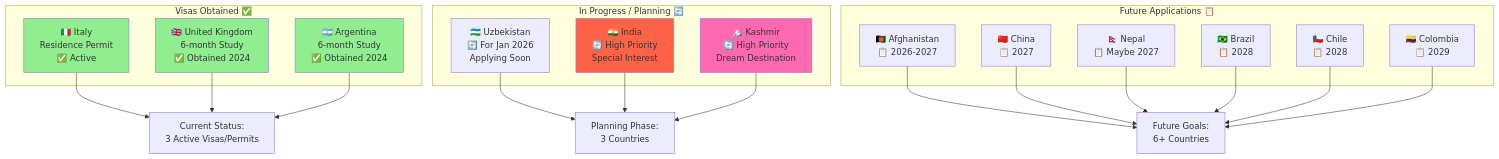
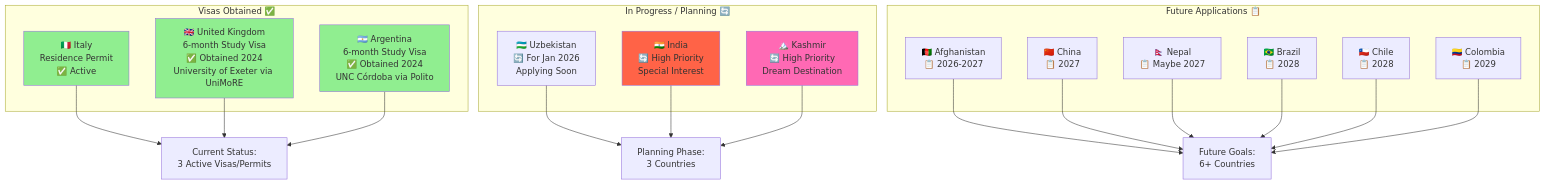
One commit to hamsta25/Himalaya changed the fifth of 11 diagrams in diagrams/travel-roadmap.md. Above: the diagram before and after it, drawn with Mermaid. The commit also changed other lines of this file and 10 other files, not shown here.

````diff
--- a/diagrams/travel-roadmap.md
+++ b/diagrams/travel-roadmap.md
@@ -224,44 +224,44 @@
 ```mermaid
 graph TB
     subgraph "Visas Obtained ✅"
         V1[🇮🇹 Italy<br/>Residence Permit<br/>✅ Active]
-        V2[🇬🇧 United Kingdom<br/>6-month Study<br/>✅ Obtained 2024]
-        V3[🇦🇷 Argentina<br/>6-month Study<br/>✅ Obtained 2024]
+        V2[🇬🇧 United Kingdom<br/>6-month Study Visa<br/>✅ Obtained 2024<br/>University of Exeter via UniMoRE]
+        V3[🇦🇷 Argentina<br/>6-month Study Visa<br/>✅ Obtained 2024<br/>UNC Córdoba via Polito]
     end
     
     subgraph "In Progress / Planning 🔄"
         V4[🇺🇿 Uzbekistan<br/>🔄 For Jan 2026<br/>Applying Soon]
         V5[🇮🇳 India<br/>🔄 High Priority<br/>Special Interest]
         V6[🏔️ Kashmir<br/>🔄 High Priority<br/>Dream Destination]
     end
     
     subgraph "Future Applications 📋"
         V7[🇦🇫 Afghanistan<br/>📋 2026-2027]
         V8[🇨🇳 China<br/>📋 2027]
         V9[🇳🇵 Nepal<br/>📋 Maybe 2027]
         V10[🇧🇷 Brazil<br/>📋 2028]
         V11[🇨🇱 Chile<br/>📋 2028]
         V12[🇨🇴 Colombia<br/>📋 2029]
     end
     
     V1 --> Active[Current Status:<br/>3 Active Visas/Permits]
     V2 --> Active
     V3 --> Active
     
     V4 --> Planning[Planning Phase:<br/>3 Countries]
     V5 --> Planning
     V6 --> Planning
     
     V7 --> Future[Future Goals:<br/>6+ Countries]
     V8 --> Future
     V9 --> Future
     V10 --> Future
     V11 --> Future
     V12 --> Future
     
     style V1 fill:#90EE90
     style V2 fill:#90EE90
     style V3 fill:#90EE90
     style V5 fill:#FF6347
     style V6 fill:#FF69B4
 ```
````
